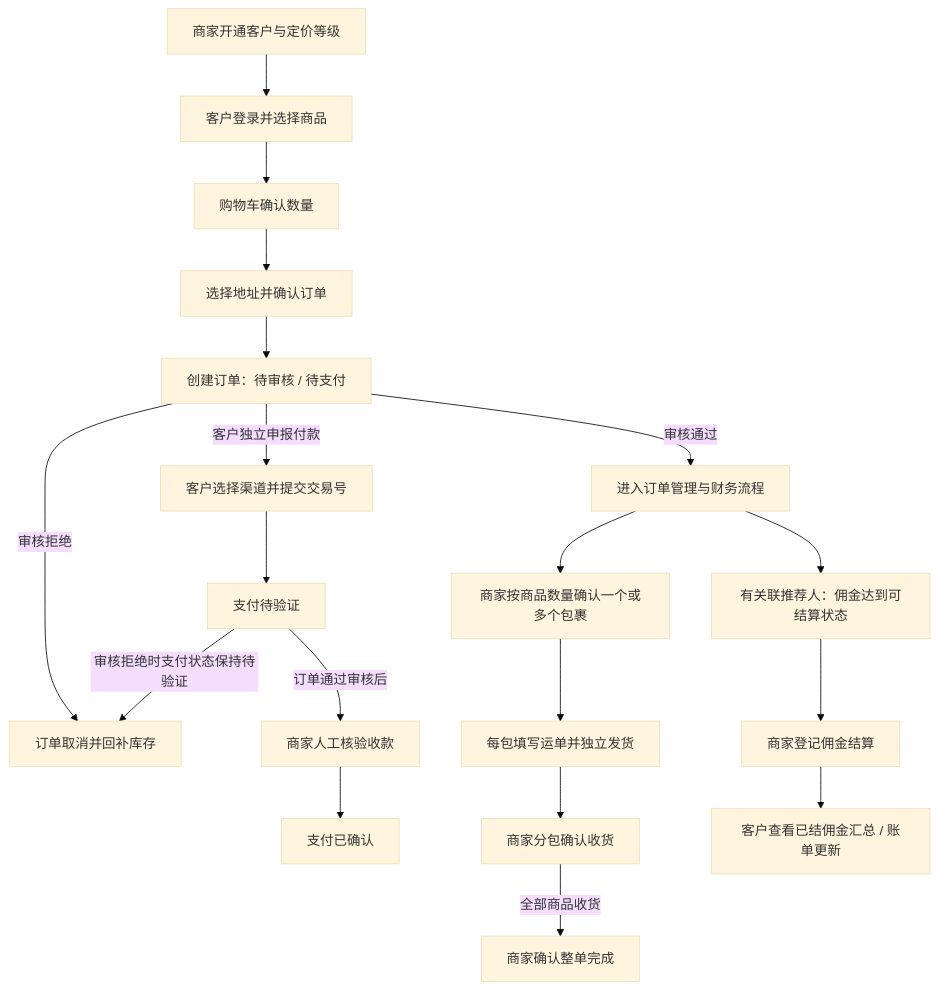
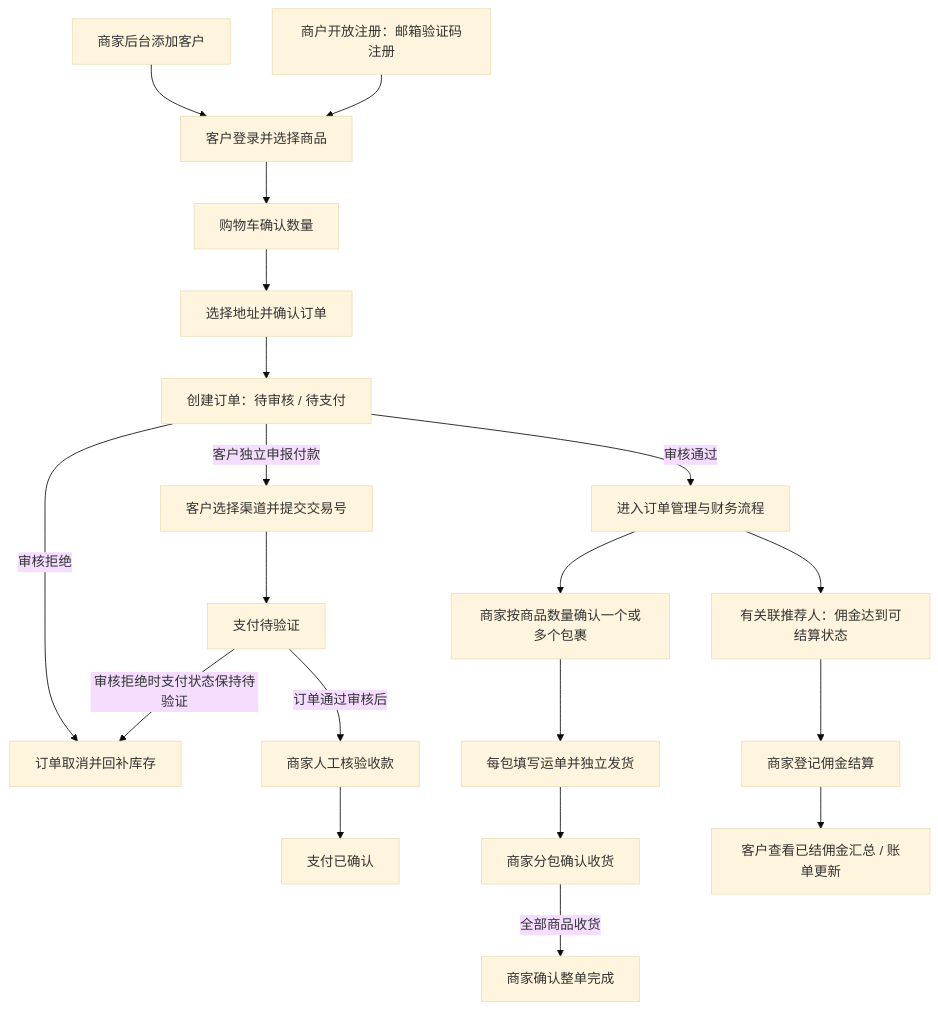
One commit to gointofk/saas changed the diagram in doc/prd_v1.md. Above: the diagram before and after it, drawn with Mermaid (base theme). The commit also changed other lines of this file and 40 other files, not shown here.

````diff
--- a/doc/prd_v1.md
+++ b/doc/prd_v1.md
@@ -221,21 +221,22 @@
 ```mermaid
 flowchart TD
-    A[商家开通客户与定价等级] --> B[客户登录并选择商品]
+    A[商家后台添加客户] --> B[客户登录并选择商品]
+    A2[商户开放注册：邮箱验证码注册] --> B
     B --> C[购物车确认数量]
     C --> D[选择地址并确认订单]
     D --> E[创建订单：待审核 / 待支付]
     E -->|审核通过| E1[进入订单管理与财务流程]
     E -->|客户独立申报付款| F[客户选择渠道并提交交易号]
     E -->|审核拒绝| X[订单取消并回补库存]
     G -->|审核拒绝时支付状态保持待验证| X
     F --> G[支付待验证]
     G -->|订单通过审核后| H[商家人工核验收款]
     H --> I[支付已确认]
     E1 --> J[商家按商品数量确认一个或多个包裹]
     J --> K[每包填写运单并独立发货]
     K --> L[商家分包确认收货]
     L -->|全部商品收货| M[商家确认整单完成]
     E1 --> N[有关联推荐人：佣金达到可结算状态]
     N --> O[商家登记佣金结算]
     O --> P[客户查看已结佣金汇总 / 账单更新]
 ```
````
